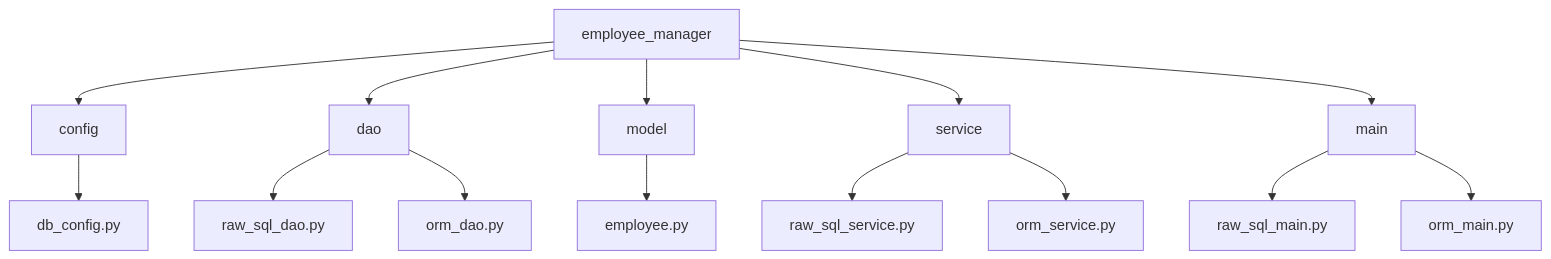
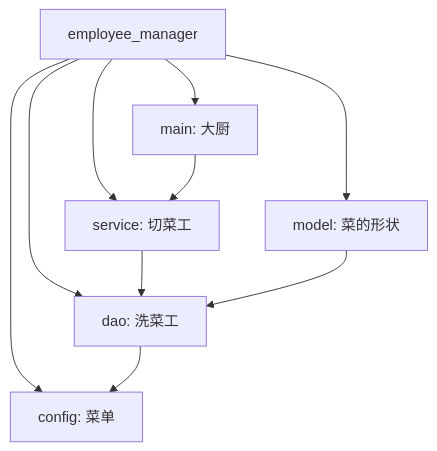
The first of 3 diagrams in MySQL数据库/Day6-MySQL-PythonORM.md (Tender-Liu/LinuxDevOps), drawn with Mermaid before and after one commit. The commit also changed other lines of this file and 2 other files, not shown here.

````diff
--- a/MySQL数据库/Day6-MySQL-PythonORM.md
+++ b/MySQL数据库/Day6-MySQL-PythonORM.md
@@ -92,16 +97,12 @@
 ```mermaid
 graph TD
-    A[employee_manager] --> B[config]
-    A --> C[dao]
-    A --> D[model]
-    A --> E[service]
-    A --> F[main]
-    B --> G[db_config.py]
-    C --> H[raw_sql_dao.py]
-    C --> I[orm_dao.py]
-    D --> J[employee.py]
-    E --> K[raw_sql_service.py]
-    E --> L[orm_service.py]
-    F --> M[raw_sql_main.py]
-    F --> N[orm_main.py]
+    A[employee_manager] --> B[config: 菜单]
+    A --> C[dao: 洗菜工]
+    A --> D[model: 菜的形状]
+    A --> E[service: 切菜工]
+    A --> F[main: 大厨]
+    F --> E
+    E --> C
+    C --> B
+    D --> C
 ```
````
